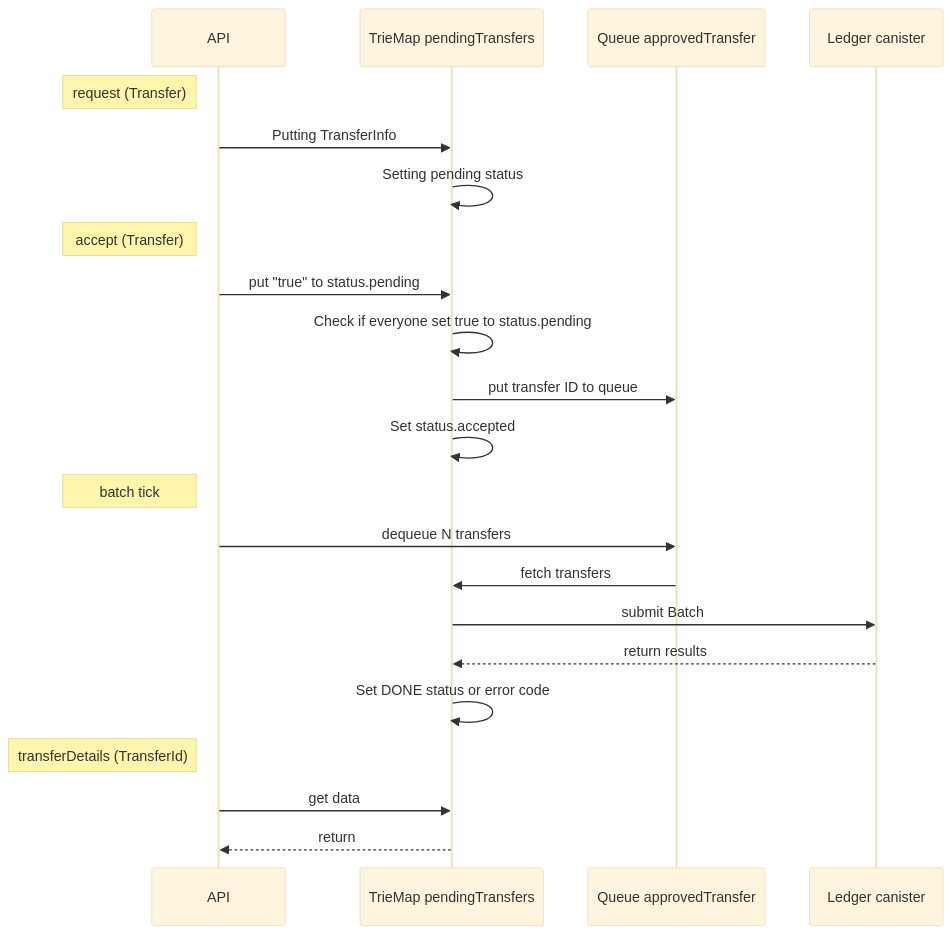
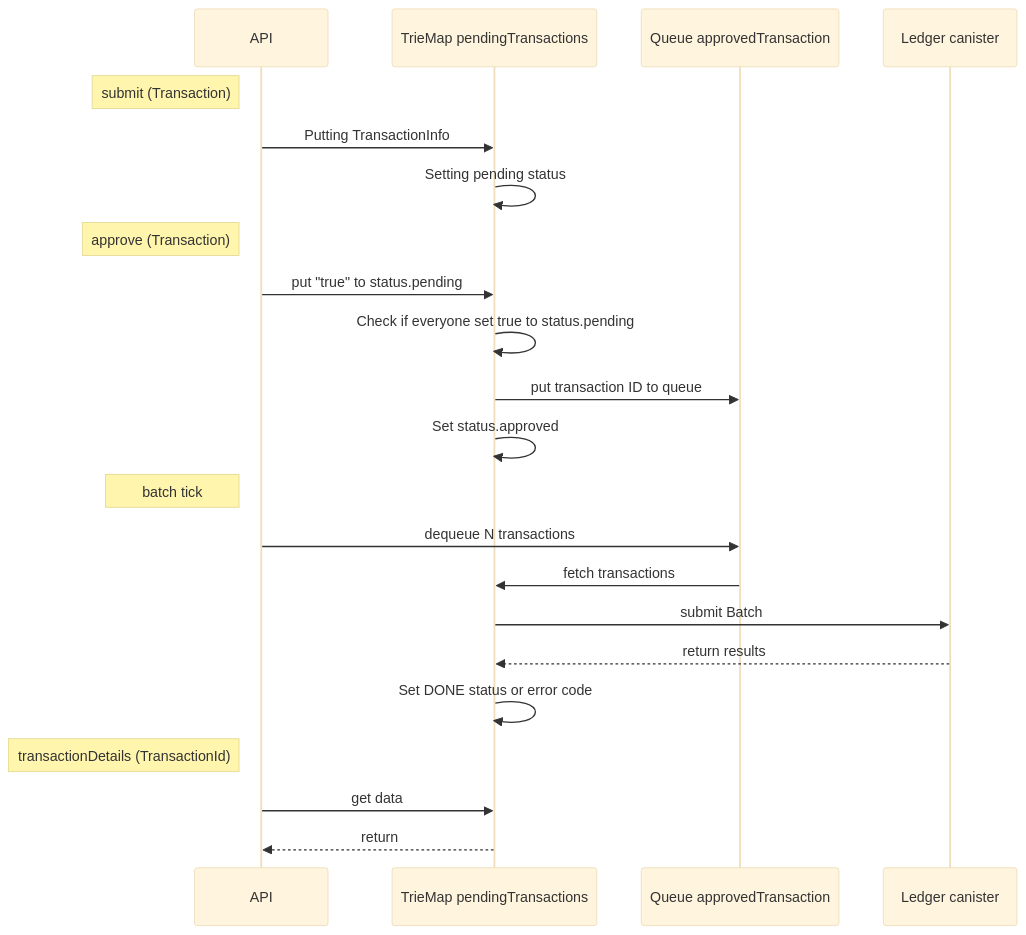
One commit to research-ag/hpl changed the diagram in README.md. Above: the diagram before and after it, drawn with Mermaid (base theme). The commit also changed other lines of this file and 5 other files, not shown here.

Commit message:
Rename transfer->transaction, request->submit, accept->approve

````diff
--- a/README.md
+++ b/README.md
@@ -481,20 +481,20 @@
 ```mermaid
 sequenceDiagram
-    Note left of API: request (Transfer) 
-    API->>TrieMap pendingTransfers: Putting TransferInfo 
-    TrieMap pendingTransfers->>TrieMap pendingTransfers: Setting pending status
-    Note left of API: accept (Transfer) 
-    API->>TrieMap pendingTransfers: put "true" to status.pending
-    TrieMap pendingTransfers->>TrieMap pendingTransfers: Check if everyone set true to status.pending
-    TrieMap pendingTransfers->>Queue approvedTransfer: put transfer ID to queue
-    TrieMap pendingTransfers->>TrieMap pendingTransfers: Set status.accepted
+    Note left of API: submit (Transaction) 
+    API->>TrieMap pendingTransactions: Putting TransactionInfo 
+    TrieMap pendingTransactions->>TrieMap pendingTransactions: Setting pending status
+    Note left of API: approve (Transaction) 
+    API->>TrieMap pendingTransactions: put "true" to status.pending
+    TrieMap pendingTransactions->>TrieMap pendingTransactions: Check if everyone set true to status.pending
+    TrieMap pendingTransactions->>Queue approvedTransaction: put transaction ID to queue
+    TrieMap pendingTransactions->>TrieMap pendingTransactions: Set status.approved
     Note left of API: batch tick
-    API->>Queue approvedTransfer: dequeue N transfers
-    Queue approvedTransfer->>TrieMap pendingTransfers: fetch transfers
-    TrieMap pendingTransfers->>Ledger canister: submit Batch
-    Ledger canister-->>TrieMap pendingTransfers: return results
-    TrieMap pendingTransfers->>TrieMap pendingTransfers: Set DONE status or error code
-    Note left of API: transferDetails (TransferId)
-    API->>TrieMap pendingTransfers: get data
-    TrieMap pendingTransfers-->>API: return
+    API->>Queue approvedTransaction: dequeue N transactions
+    Queue approvedTransaction->>TrieMap pendingTransactions: fetch transactions
+    TrieMap pendingTransactions->>Ledger canister: submit Batch
+    Ledger canister-->>TrieMap pendingTransactions: return results
+    TrieMap pendingTransactions->>TrieMap pendingTransactions: Set DONE status or error code
+    Note left of API: transactionDetails (TransactionId)
+    API->>TrieMap pendingTransactions: get data
+    TrieMap pendingTransactions-->>API: return
 ```
````
